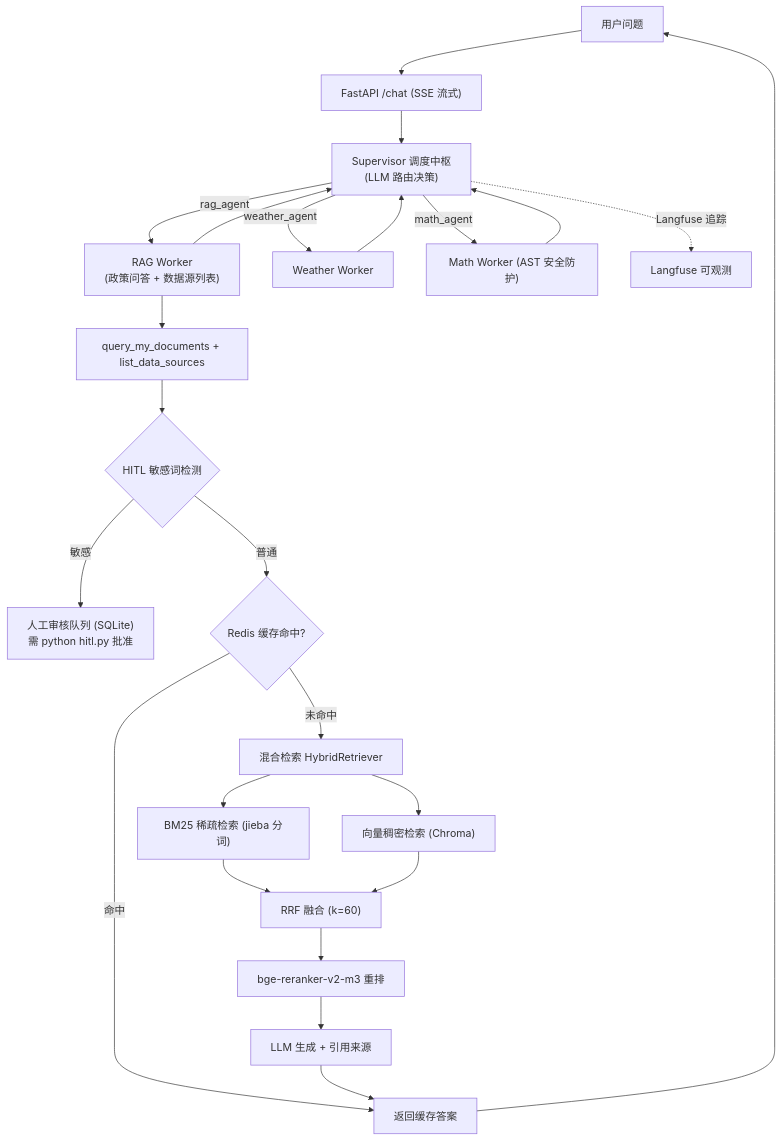
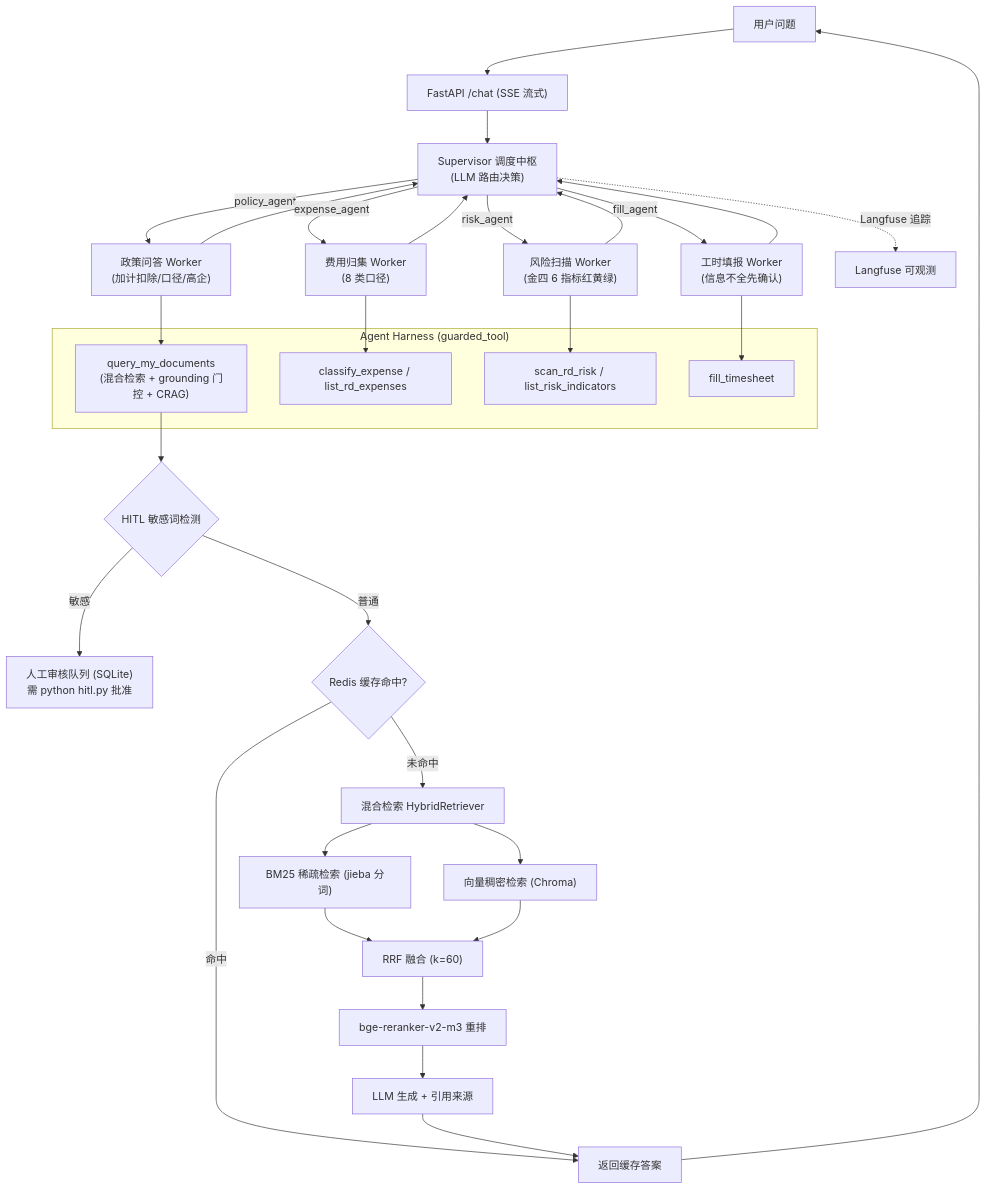
The diagram in README.md (yp1313113-gif/multi-agent-system), drawn with Mermaid before and after one commit. The commit also changed other lines of this file and 8 other files, not shown here.

````diff
--- a/README.md
+++ b/README.md
@@ -42,31 +50,44 @@
 ```mermaid
 flowchart TD
     U["用户问题"] --> API["FastAPI /chat (SSE 流式)"]
     API --> SUP["Supervisor 调度中枢<br/>(LLM 路由决策)"]
 
-    SUP -->|"rag_agent"| RA["RAG Worker<br/>(政策问答 + 数据源列表)"]
-    SUP -->|"weather_agent"| WA["Weather Worker"]
-    SUP -->|"math_agent"| MA["Math Worker (AST 安全防护)"]
+    SUP -->|"policy_agent"| PA["政策问答 Worker<br/>(加计扣除/口径/高企)"]
+    SUP -->|"expense_agent"| EA["费用归集 Worker<br/>(8 类口径)"]
+    SUP -->|"risk_agent"| RA["风险扫描 Worker<br/>(金四 6 指标红黄绿)"]
+    SUP -->|"fill_agent"| FA["工时填报 Worker<br/>(信息不全先确认)"]
 
+    PA --> SUP
+    EA --> SUP
     RA --> SUP
-    WA --> SUP
-    MA --> SUP
+    FA --> SUP
 
-    RA --> RAG["query_my_documents + list_data_sources"]
+    PA --> RAG["query_my_documents<br/>(混合检索 + grounding 门控 + CRAG)"]
     RAG --> HITL{"HITL 敏感词检测"}
     HITL -->|"敏感"| APP["人工审核队列 (SQLite)<br/>需 python hitl.py 批准"]
     HITL -->|"普通"| CACHE{"Redis 缓存命中?"}
     CACHE -->|"命中"| ANS["返回缓存答案"]
     CACHE -->|"未命中"| HY["混合检索 HybridRetriever"]
 
     HY --> BM25["BM25 稀疏检索 (jieba 分词)"]
     HY --> VEC["向量稠密检索 (Chroma)"]
     BM25 --> RRF["RRF 融合 (k=60)"]
     VEC --> RRF
     RRF --> RR["bge-reranker-v2-m3 重排"]
     RR --> GEN["LLM 生成 + 引用来源"]
     GEN --> ANS
 
+    EA --> EXP["classify_expense / list_rd_expenses"]
+    RA --> RSK["scan_rd_risk / list_risk_indicators"]
+    FA --> FILL["fill_timesheet"]
+
+    subgraph Harness["Agent Harness (guarded_tool)"]
+        EXP
+        RSK
+        FILL
+        RAG
+    end
+
+    ANS --> U
     SUP -.->|"Langfuse 追踪"| LF["Langfuse 可观测"]
-    ANS --> U
 ```
````
